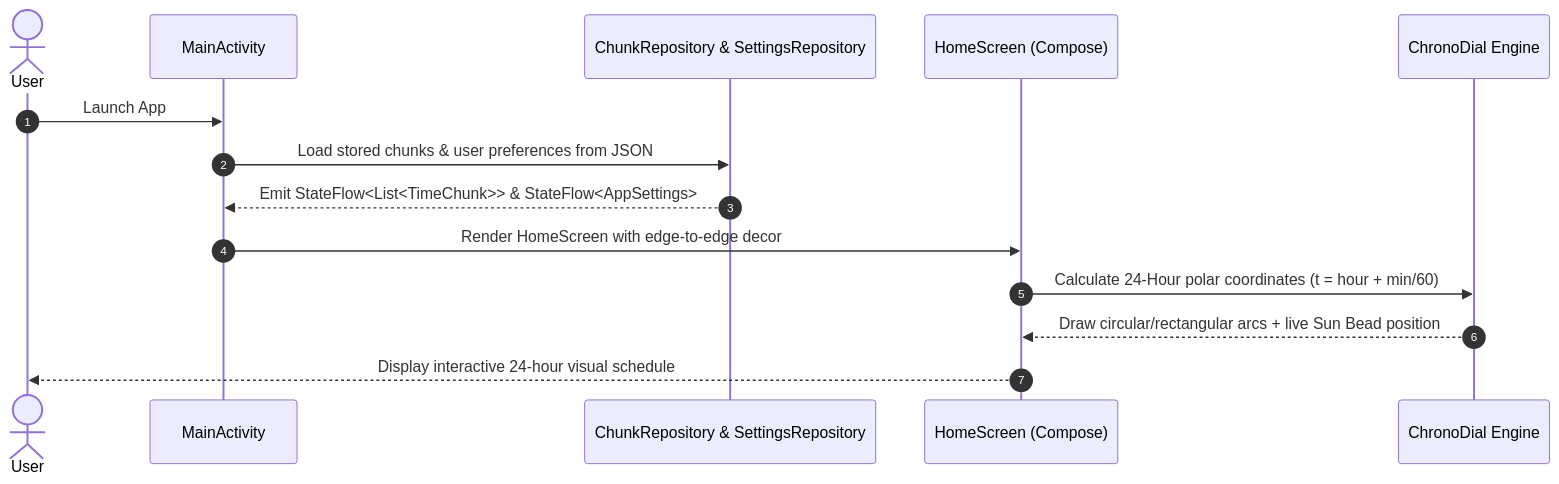
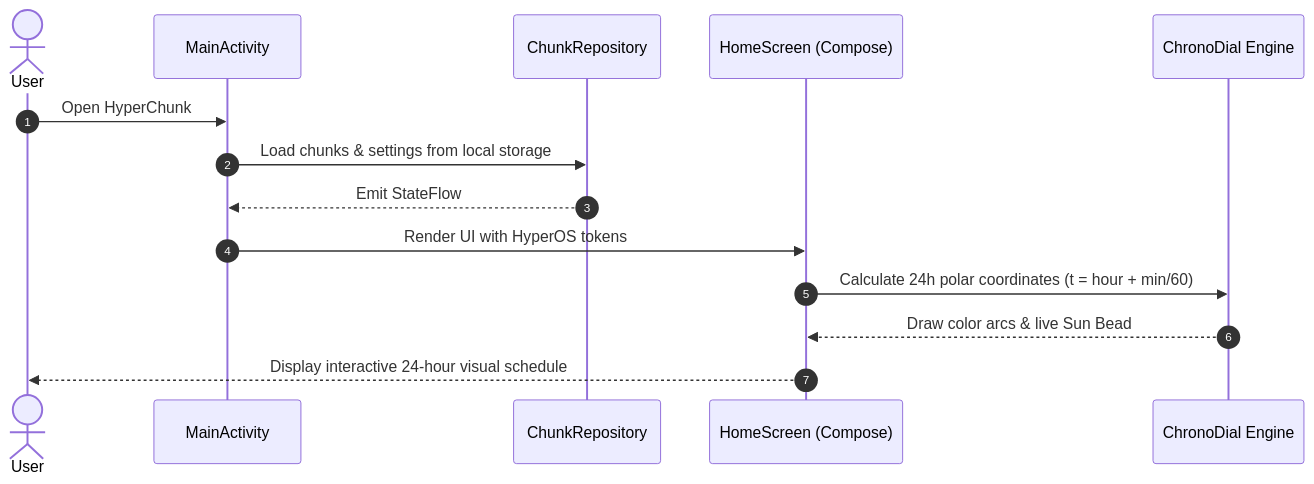
The diagram in README.md (aotlover9-base-eth/hyperchunk), drawn with Mermaid before and after one commit. The commit also changed other lines of this file and 2 other files, not shown here.

````diff
--- a/README.md
+++ b/README.md
@@ -250,17 +171,17 @@
 ```mermaid
 sequenceDiagram
     autonumber
     actor User
     participant App as MainActivity
-    participant Repos as ChunkRepository & SettingsRepository
+    participant Repos as ChunkRepository
     participant Home as HomeScreen (Compose)
     participant Engine as ChronoDial Engine
 
-    User->>App: Launch App
-    App->>Repos: Load stored chunks & user preferences from JSON
-    Repos-->>App: Emit StateFlow<List<TimeChunk>> & StateFlow<AppSettings>
-    App->>Home: Render HomeScreen with edge-to-edge decor
-    Home->>Engine: Calculate 24-Hour polar coordinates (t = hour + min/60)
-    Engine-->>Home: Draw circular/rectangular arcs + live Sun Bead position
+    User->>App: Open HyperChunk
+    App->>Repos: Load chunks & settings from local storage
+    Repos-->>App: Emit StateFlow
+    App->>Home: Render UI with HyperOS tokens
+    Home->>Engine: Calculate 24h polar coordinates (t = hour + min/60)
+    Engine-->>Home: Draw color arcs & live Sun Bead
     Home-->>User: Display interactive 24-hour visual schedule
 ```
````
